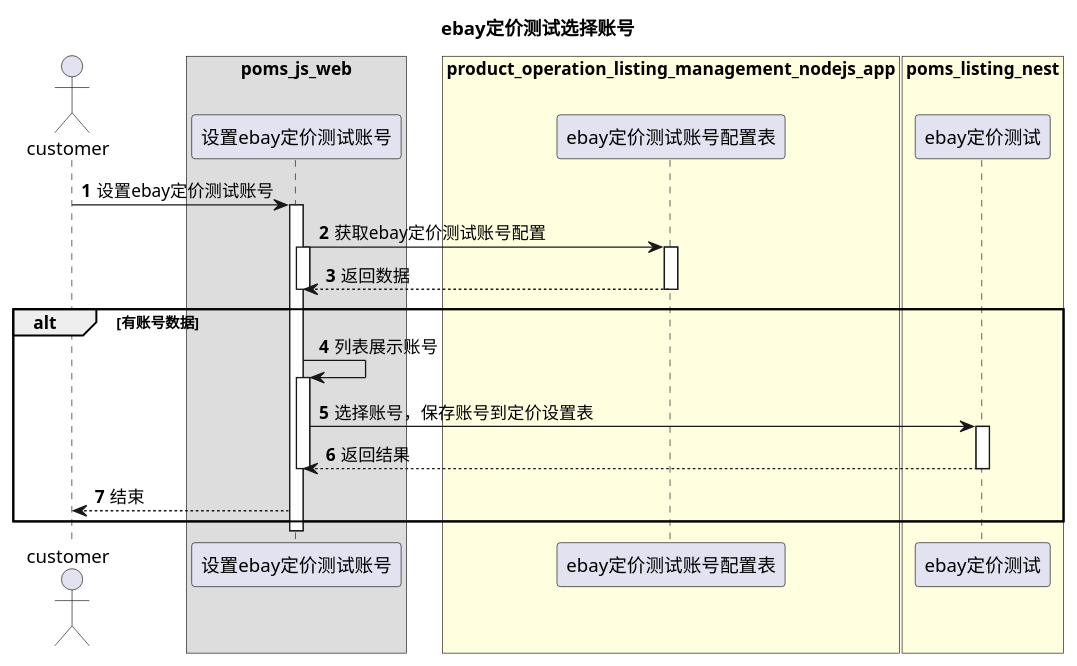
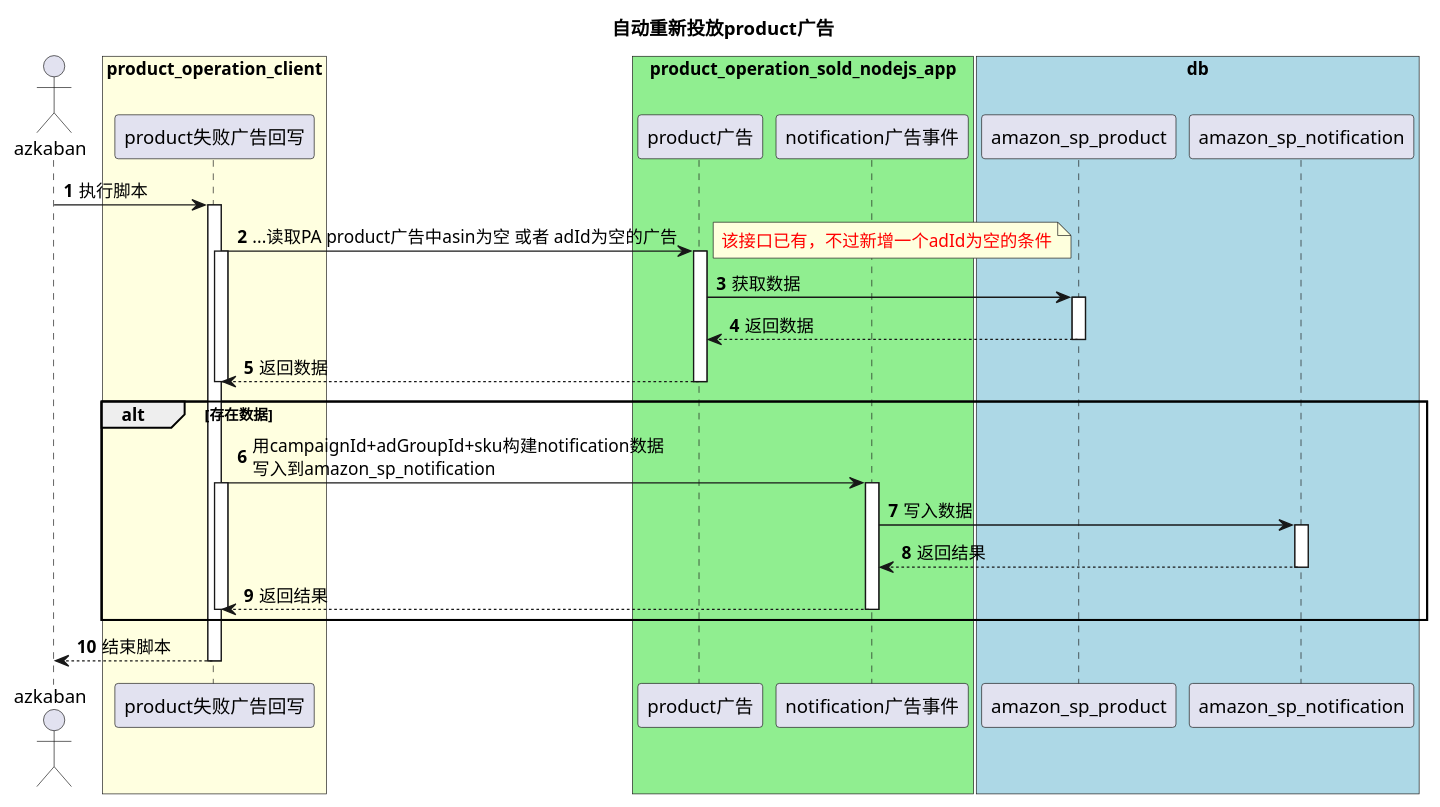
One commit to shallowdream1997/ShallowDream-LeetCode-PHP changed the diagram in uml/xpmsjd.puml. Above: the diagram before and after it, drawn with PlantUML. The commit also changed 5 other files, not shown here.

```diff
--- a/uml/xpmsjd.puml
+++ b/uml/xpmsjd.puml
@@ -1,39 +1,56 @@
 @startuml
-title ebay定价测试选择账号
+title 自动重新投放product广告
 autonumber
-actor "customer" as customer
 
-box "poms_js_web"
-participant "设置ebay定价测试账号" as t1
+actor "azkaban" as azkaban
+
+box "product_operation_client" #lightYellow
+participant "product失败广告回写" as t1
 end box
 
-box "product_operation_listing_management_nodejs_app" #lightYellow
-participant "ebay定价测试账号配置表" as t2
+box "product_operation_sold_nodejs_app" #lightGreen
+participant "product广告" as t2
+participant "notification广告事件" as t3
 end box
 
-box "poms_listing_nest" #lightYellow
-participant "ebay定价测试" as t3
+box "db" #lightBlue
+participant "amazon_sp_product" as db
+participant "amazon_sp_notification" as db1
 end box
 
-customer -> t1 : 设置ebay定价测试账号
+azkaban -> t1 : 执行脚本
 activate t1
 
-t1 -> t2 : 获取ebay定价测试账号配置
+t1 -> t2 : ...读取PA product广告中asin为空 或者 adId为空的广告
 activate t1
+note right
+<color #red>该接口已有，不过新增一个adId为空的条件
+end note
 activate t2
-t2 --> t1 : 返回数据
-
-deactivate t1
+t2 -> db : 获取数据
+activate db
+db --> t2 : 返回数据
+deactivate db
+t2 --> t1 :  返回数据
 deactivate t2
-alt 有账号数据
-t1 -> t1 : 列表展示账号
-activate t1
-t1 -> t3 : 选择账号，保存账号到定价设置表
-activate t3
-t3 --> t1 : 返回结果
 deactivate t3
 deactivate t1
-t1 --> customer : 结束
+
+alt 存在数据
+
+t1 -> t3 : 用campaignId+adGroupId+sku构建notification数据\n写入到amazon_sp_notification
+activate t1
+activate t3
+t3 -> db1 : 写入数据
+activate db1
+db1 --> t3 : 返回结果
+deactivate db1
+t3--> t1 : 返回结果
+deactivate t3
+deactivate t1
+
 end
+
+t1 --> azkaban : 结束脚本
 deactivate t1
 @enduml
```
